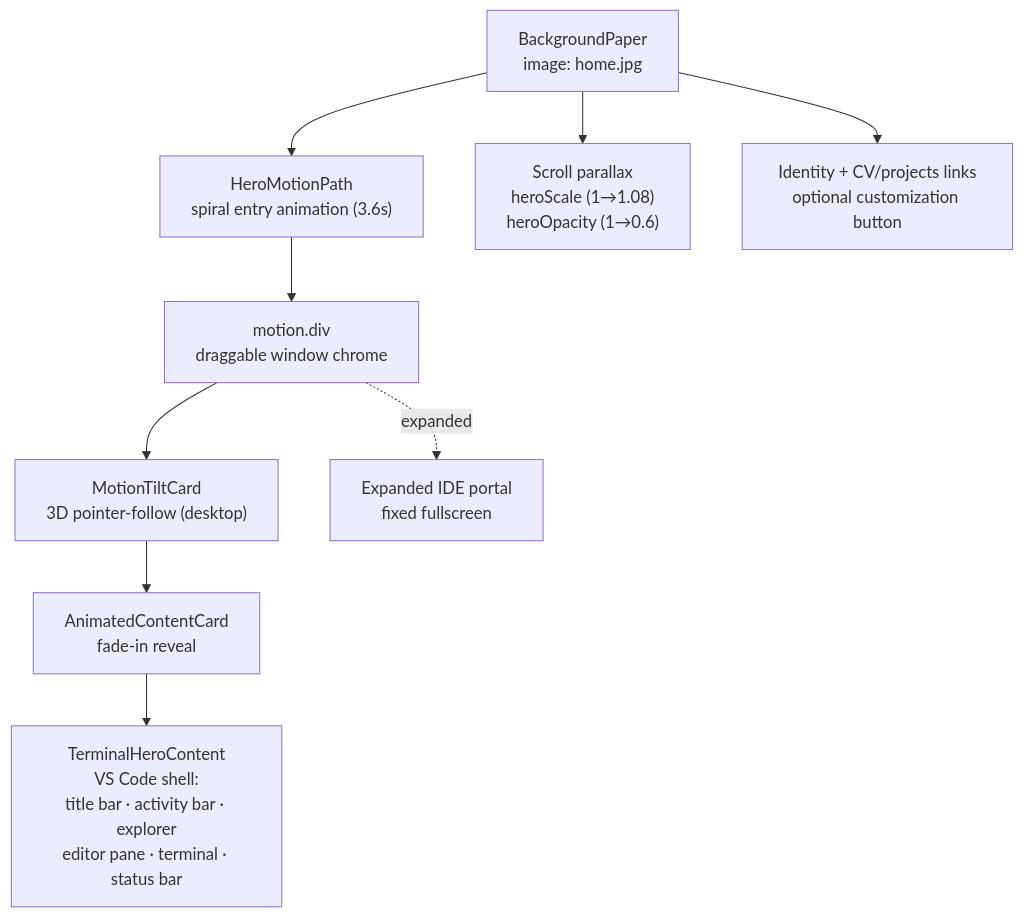
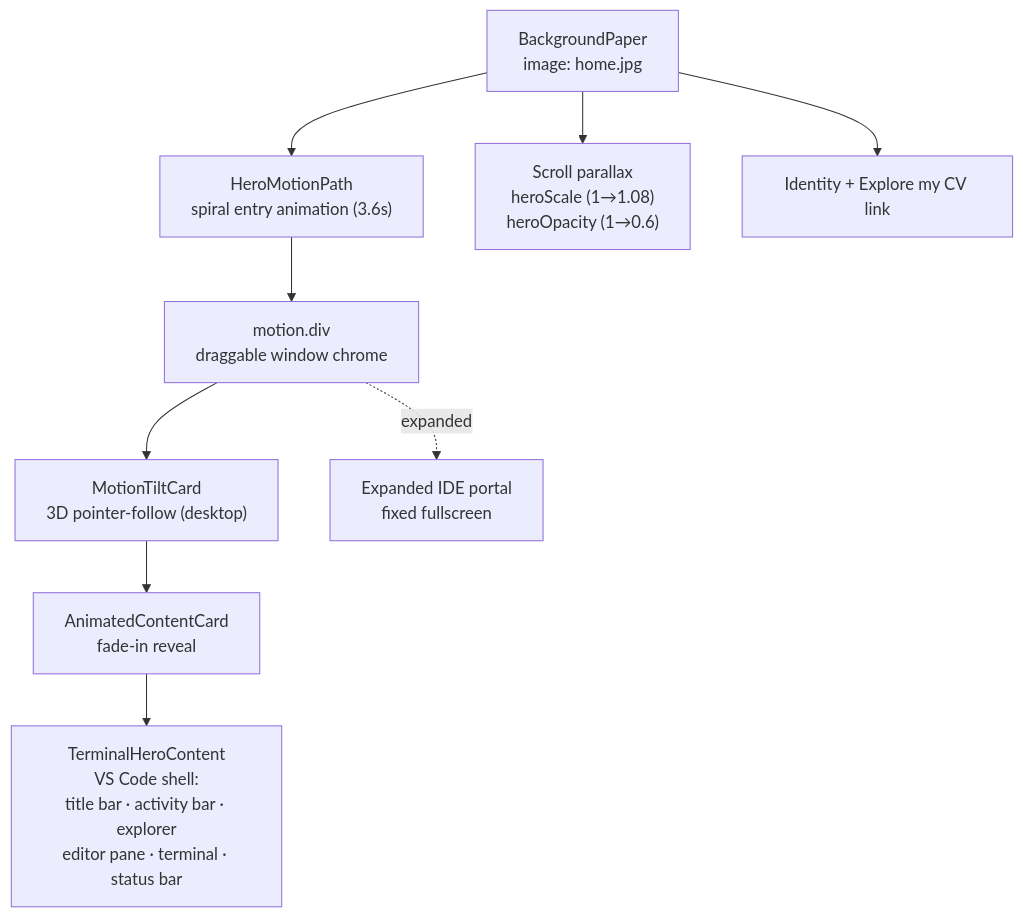
One commit to danphenderson/dev-danhenderson changed the second of 12 diagrams in docs/frontend/page-choreography.md. Above: the diagram before and after it, drawn with Mermaid. The commit also changed other lines of this file and 106 other files, not shown here.

````diff
--- a/docs/frontend/page-choreography.md
+++ b/docs/frontend/page-choreography.md
@@ -32,17 +32,17 @@
 ```mermaid
 flowchart TB
   BG["BackgroundPaper<br/>image: home.jpg"]
   HMP["HeroMotionPath<br/>spiral entry animation (3.6s)"]
   DragDiv["motion.div<br/>draggable window chrome"]
   Tilt["MotionTiltCard<br/>3D pointer-follow (desktop)"]
   ACC["AnimatedContentCard<br/>fade-in reveal"]
   THC["TerminalHeroContent<br/>VS Code shell:<br/>title bar · activity bar · explorer<br/>editor pane · terminal · status bar"]
   ScrollP["Scroll parallax<br/>heroScale (1→1.08)<br/>heroOpacity (1→0.6)"]
-  Intro["Identity + CV/projects links<br/>optional customization button"]
+  Intro["Identity + Explore my CV link"]
   Portal["Expanded IDE portal<br/>fixed fullscreen"]
 
   BG --> HMP --> DragDiv --> Tilt --> ACC --> THC
   BG --> ScrollP
   BG --> Intro
   DragDiv -.->|expanded| Portal
 ```
````
